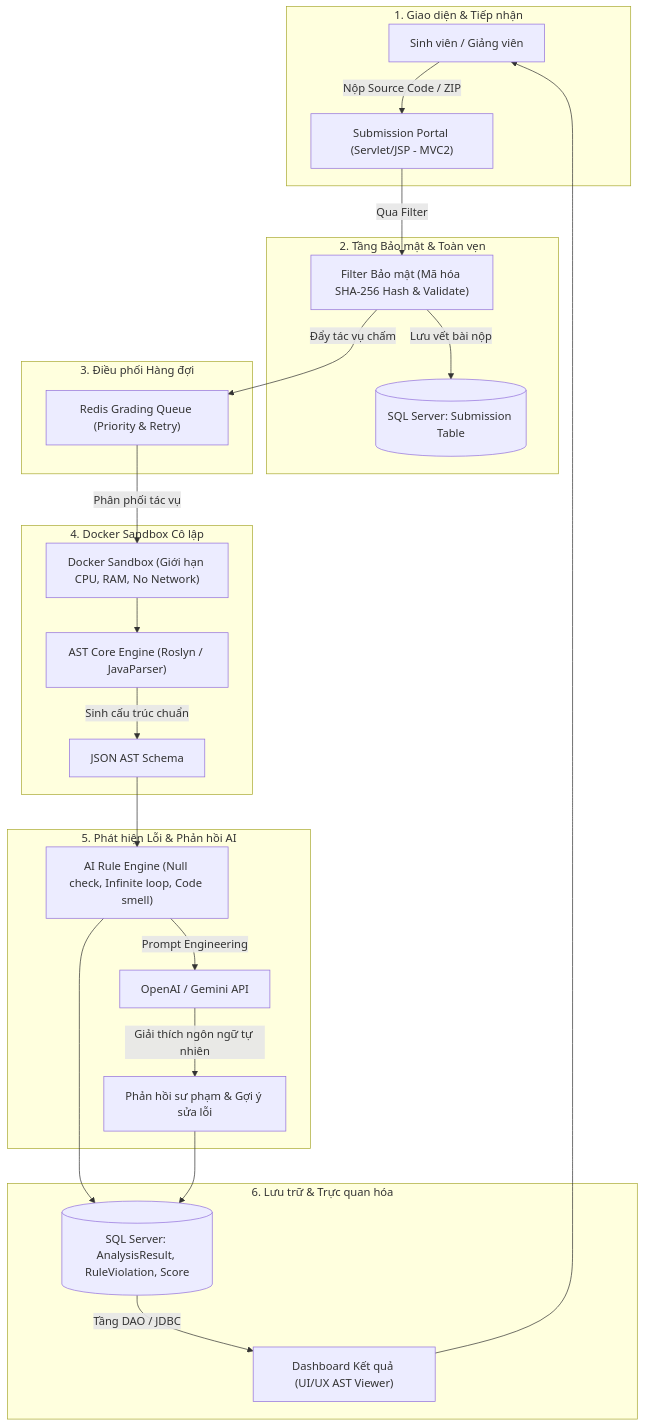
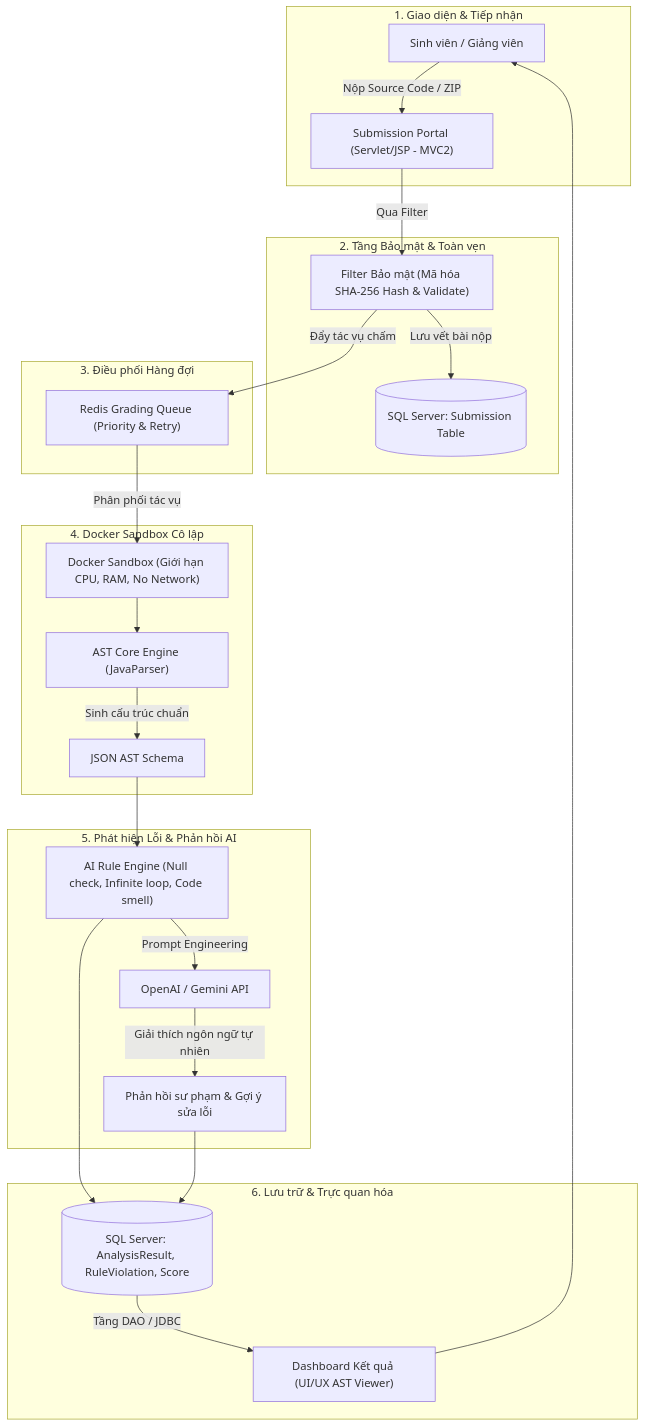
Before and after one commit to rtafag/PRJ301---Group1: the first of 2 diagrams in README.md, drawn with Mermaid. The commit also changed other lines of this file and 14 other files, not shown here.

````diff
--- a/README.md
+++ b/README.md
@@ -53,34 +53,34 @@
 ```mermaid
 flowchart TD
     subgraph Client_Side ["1. Giao diện & Tiếp nhận"]
         SV["Sinh viên / Giảng viên"] -->|Nộp Source Code / ZIP| SP["Submission Portal (Servlet/JSP - MVC2)"]
     end
 
     subgraph Security_Gate ["2. Tầng Bảo mật & Toàn vẹn"]
         SP -->|Qua Filter| FilterSec["Filter Bảo mật (Mã hóa SHA-256 Hash & Validate)"]
         FilterSec -->|Lưu vết bài nộp| DB_Sub[(SQL Server: Submission Table)]
     end
 
     subgraph Queue_System ["3. Điều phối Hàng đợi"]
         FilterSec -->|Đẩy tác vụ chấm| RedisQ["Redis Grading Queue (Priority & Retry)"]
     end
 
     subgraph Sandbox_Environment ["4. Docker Sandbox Cô lập"]
         RedisQ -->|Phân phối tác vụ| DockerSB["Docker Sandbox (Giới hạn CPU, RAM, No Network)"]
-        DockerSB --> AST_Core["AST Core Engine (Roslyn / JavaParser)"]
+        DockerSB --> AST_Core["AST Core Engine (JavaParser)"]
         AST_Core -->|Sinh cấu trúc chuẩn| AST_JSON["JSON AST Schema"]
     end
 
     subgraph AI_Rule_Engine ["5. Phát hiện Lỗi & Phản hồi AI"]
         AST_JSON --> RuleEng["AI Rule Engine (Null check, Infinite loop, Code smell)"]
         RuleEng -->|Prompt Engineering| GenAI["OpenAI / Gemini API"]
         GenAI -->|Giải thích ngôn ngữ tự nhiên| Feedbacks["Phản hồi sư phạm & Gợi ý sửa lỗi"]
     end
 
     subgraph Persistence_Presentation ["6. Lưu trữ & Trực quan hóa"]
         RuleEng --> DB_Store[(SQL Server: AnalysisResult, RuleViolation, Score)]
         Feedbacks --> DB_Store
         DB_Store -->|Tầng DAO / JDBC| Dash["Dashboard Kết quả (UI/UX AST Viewer)"]
         Dash --> SV
     end
 ```
````
